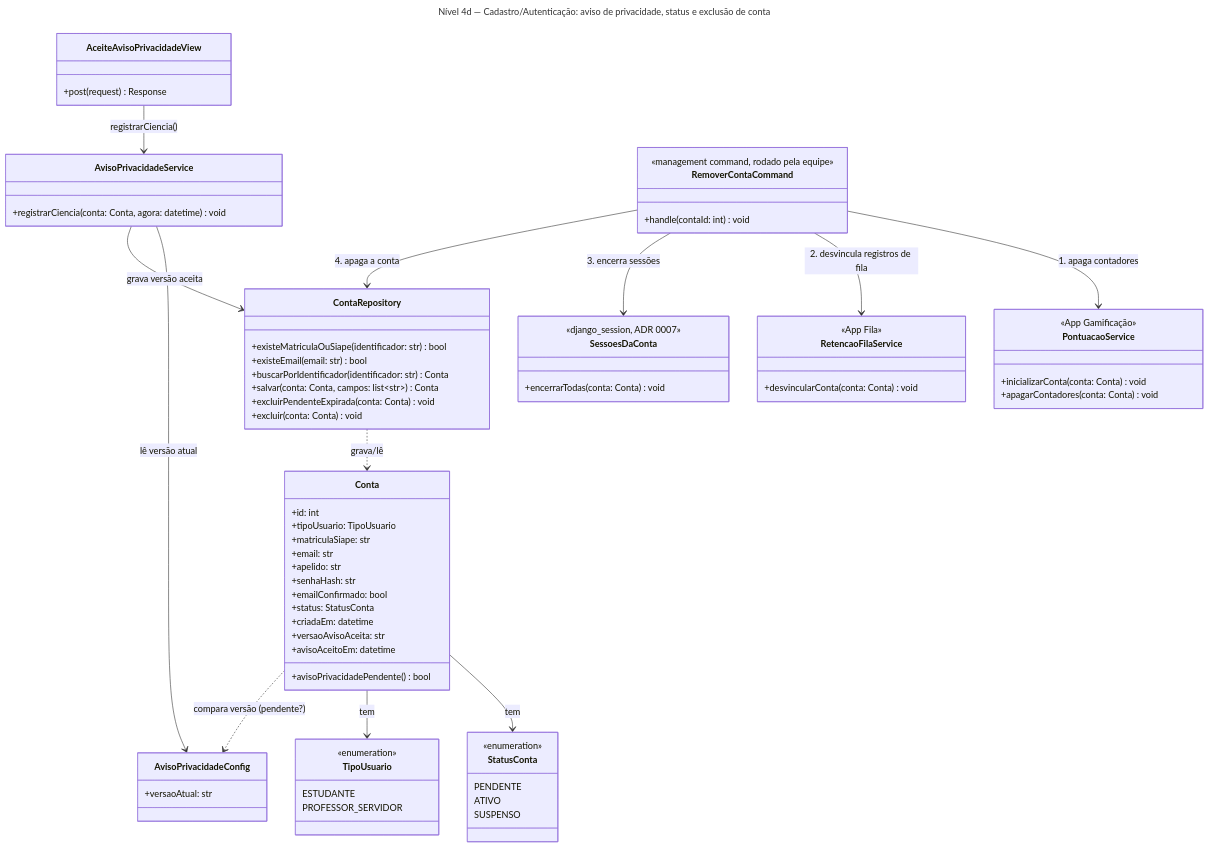
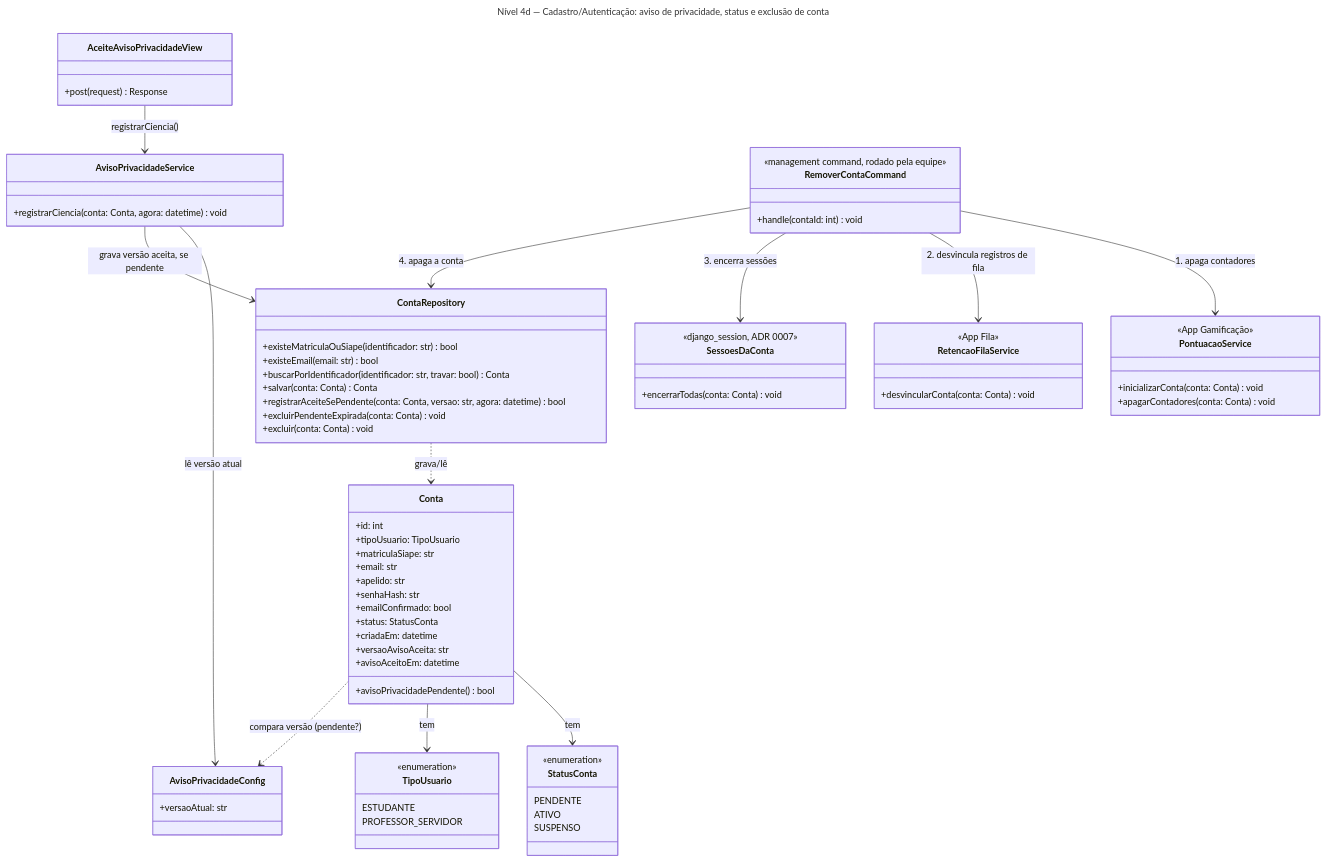
The fourth of 4 diagrams in docs/arquitetura/backend/c4-nivel-4-cadastro-autenticacao.md (unb-mds/2026-2-Bandejao-UnB), drawn with Mermaid before and after one commit. The commit also changed other lines of this file, not shown here.

Commit message:
docs: rajada na virada da janela e aceite condicional no C4 4c e 4d (revisão do #127)

````diff
--- a/docs/arquitetura/backend/c4-nivel-4-cadastro-autenticacao.md
+++ b/docs/arquitetura/backend/c4-nivel-4-cadastro-autenticacao.md
@@ -495,77 +502,78 @@
 ```mermaid
 ---
 title: "Nível 4d — Cadastro/Autenticação: aviso de privacidade, status e exclusão de conta"
 ---
 classDiagram
   class Conta {
     +id: int
     +tipoUsuario: TipoUsuario
     +matriculaSiape: str
     +email: str
     +apelido: str
     +senhaHash: str
     +emailConfirmado: bool
     +status: StatusConta
     +criadaEm: datetime
     +versaoAvisoAceita: str
     +avisoAceitoEm: datetime
     +avisoPrivacidadePendente() bool
   }
   class StatusConta {
     <<enumeration>>
     PENDENTE
     ATIVO
     SUSPENSO
   }
   class TipoUsuario {
     <<enumeration>>
     ESTUDANTE
     PROFESSOR_SERVIDOR
   }
   class AceiteAvisoPrivacidadeView {
     +post(request) Response
   }
   class AvisoPrivacidadeService {
     +registrarCiencia(conta: Conta, agora: datetime) void
   }
   class AvisoPrivacidadeConfig {
     +versaoAtual: str
   }
   class ContaRepository {
     +existeMatriculaOuSiape(identificador: str) bool
     +existeEmail(email: str) bool
-    +buscarPorIdentificador(identificador: str) Conta
-    +salvar(conta: Conta, campos: list~str~) Conta
+    +buscarPorIdentificador(identificador: str, travar: bool) Conta
+    +salvar(conta: Conta) Conta
+    +registrarAceiteSePendente(conta: Conta, versao: str, agora: datetime) bool
     +excluirPendenteExpirada(conta: Conta) void
     +excluir(conta: Conta) void
   }
   class RemoverContaCommand {
     <<management command, rodado pela equipe>>
     +handle(contaId: int) void
   }
   class SessoesDaConta {
     <<django_session, ADR 0007>>
     +encerrarTodas(conta: Conta) void
   }
   class PontuacaoService {
     <<App Gamificação>>
     +inicializarConta(conta: Conta) void
     +apagarContadores(conta: Conta) void
   }
   class RetencaoFilaService {
     <<App Fila>>
     +desvincularConta(conta: Conta) void
   }
 
   Conta --> StatusConta : tem
   RemoverContaCommand --> PontuacaoService : 1. apaga contadores
   RemoverContaCommand --> RetencaoFilaService : 2. desvincula registros de fila
   RemoverContaCommand --> SessoesDaConta : 3. encerra sessões
   RemoverContaCommand --> ContaRepository : 4. apaga a conta
   ContaRepository ..> Conta : grava/lê
   Conta --> TipoUsuario : tem
   AceiteAvisoPrivacidadeView --> AvisoPrivacidadeService : registrarCiencia()
   AvisoPrivacidadeService --> AvisoPrivacidadeConfig : lê versão atual
-  AvisoPrivacidadeService --> ContaRepository : grava versão aceita
+  AvisoPrivacidadeService --> ContaRepository : grava versão aceita, se pendente
   Conta ..> AvisoPrivacidadeConfig : compara versão (pendente?)
 ```
````
